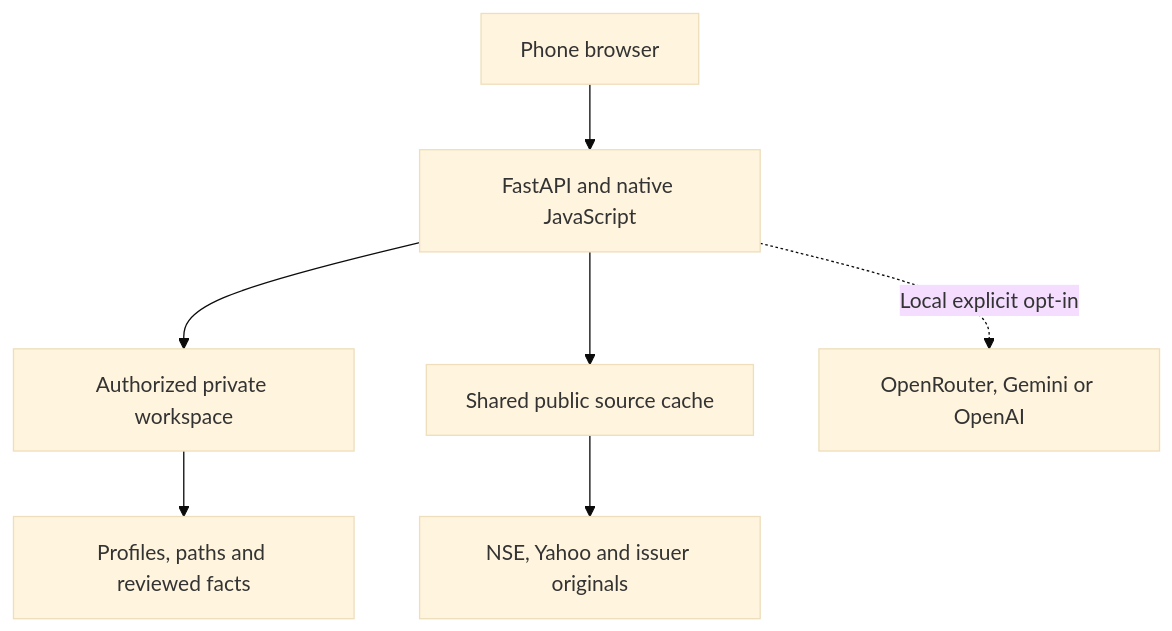
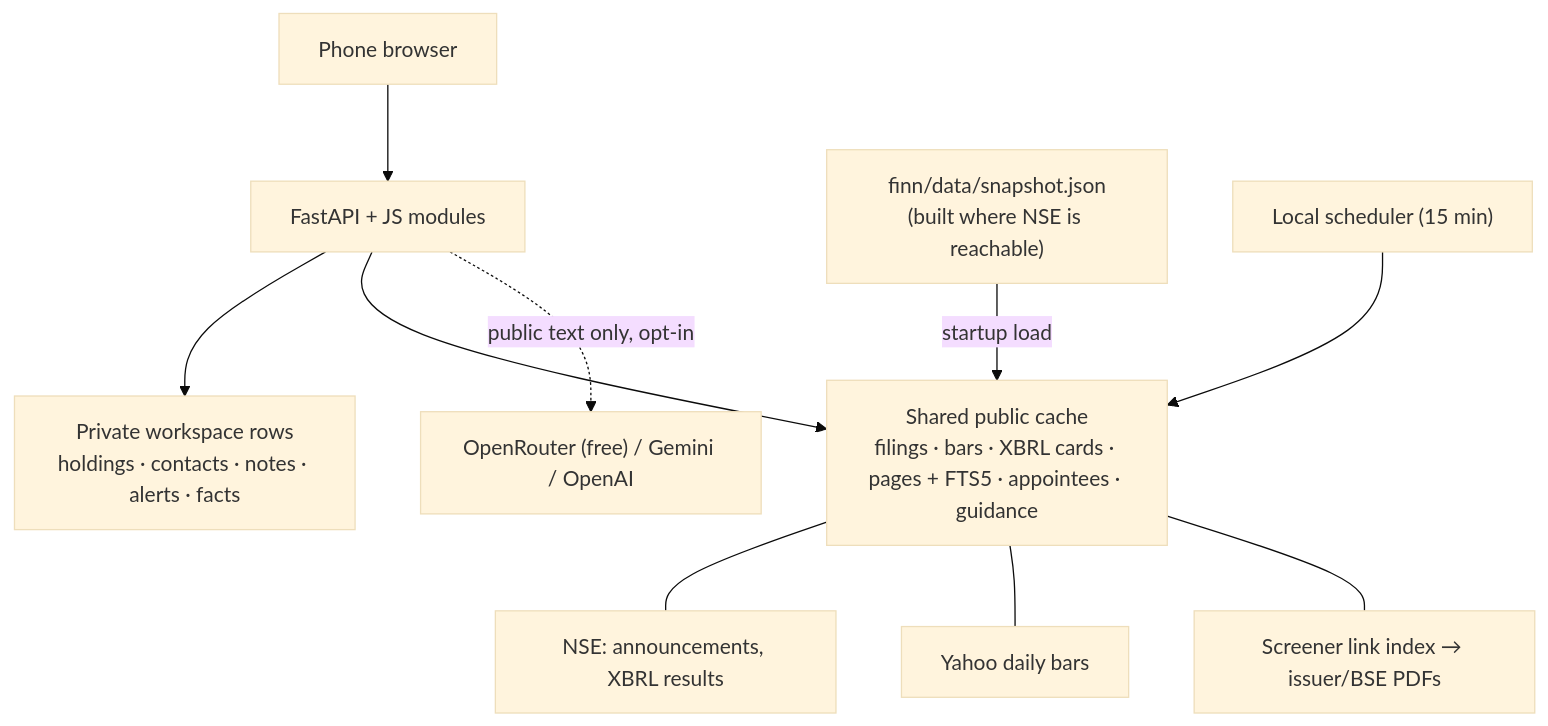
The diagram in docs/ARCHITECTURE.md (YatharthDX/enam_holdings_assignmnet), drawn with Mermaid (base theme) before and after one commit. The commit also changed other lines of this file and 47 other files, not shown here.

Commit message:
Real-data snapshot, XBRL results, appointee network ties, guidance tracking

````diff
--- a/docs/ARCHITECTURE.md
+++ b/docs/ARCHITECTURE.md
@@ -7,9 +5,12 @@
 ```mermaid
 flowchart TD
-  B["Phone browser"] --> A["FastAPI and native JavaScript"]
-  A --> W["Authorized private workspace"]
-  A --> S["Shared public source cache"]
-  S --> P["NSE, Yahoo and issuer originals"]
-  W --> N["Profiles, paths and reviewed facts"]
-  A -. "Local explicit opt-in" .-> M["OpenRouter, Gemini or OpenAI"]
+  Phone["Phone browser"] --> API["FastAPI + JS modules"]
+  API --> WS["Private workspace rows<br/>holdings · contacts · notes · alerts · facts"]
+  API --> PUB["Shared public cache<br/>filings · bars · XBRL cards · pages + FTS5 · appointees · guidance"]
+  Snap["finn/data/snapshot.json<br/>(built where NSE is reachable)"] -->|startup load| PUB
+  Sched["Local scheduler (15 min)"] --> PUB
+  PUB --- NSE["NSE: announcements, XBRL results"]
+  PUB --- YH["Yahoo daily bars"]
+  PUB --- SCR["Screener link index → issuer/BSE PDFs"]
+  API -. "public text only, opt-in" .-> LLM["OpenRouter (free) / Gemini / OpenAI"]
 ```
````
